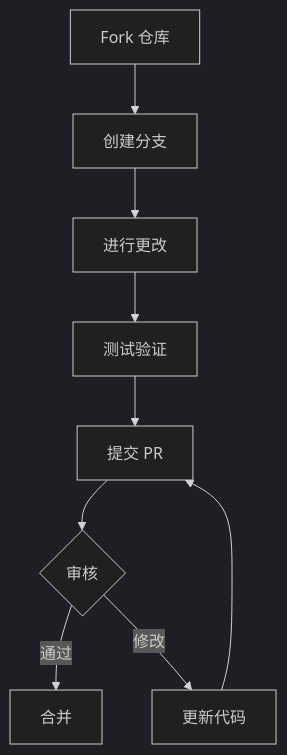
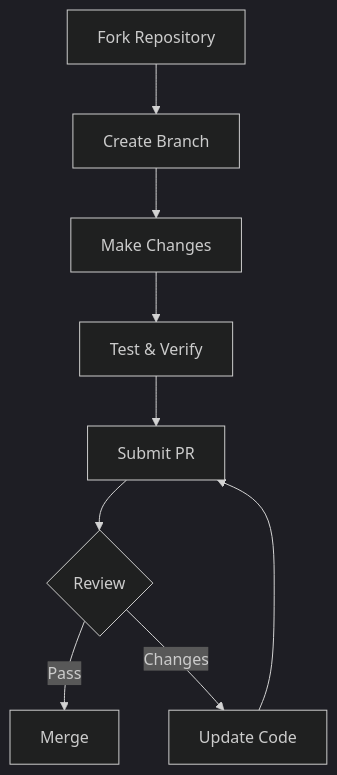
One commit to DDR187/cursor-howto changed the first of 2 diagrams in CONTRIBUTING.md. Above: the diagram before and after it, drawn with Mermaid (dark theme). The commit also changed other lines of this file and 5 other files, not shown here.

````diff
--- a/CONTRIBUTING.md
+++ b/CONTRIBUTING.md
@@ -57,11 +57,11 @@
 ```mermaid
 flowchart TB
-    A[Fork 仓库] --> B[创建分支]
-    B --> C[进行更改]
-    C --> D[测试验证]
-    D --> E[提交 PR]
-    E --> F{审核}
-    F -->|通过| G[合并]
-    F -->|修改| H[更新代码]
+    A[Fork Repository] --> B[Create Branch]
+    B --> C[Make Changes]
+    C --> D[Test & Verify]
+    D --> E[Submit PR]
+    E --> F{Review}
+    F -->|Pass| G[Merge]
+    F -->|Changes| H[Update Code]
     H --> E
 ```
````
